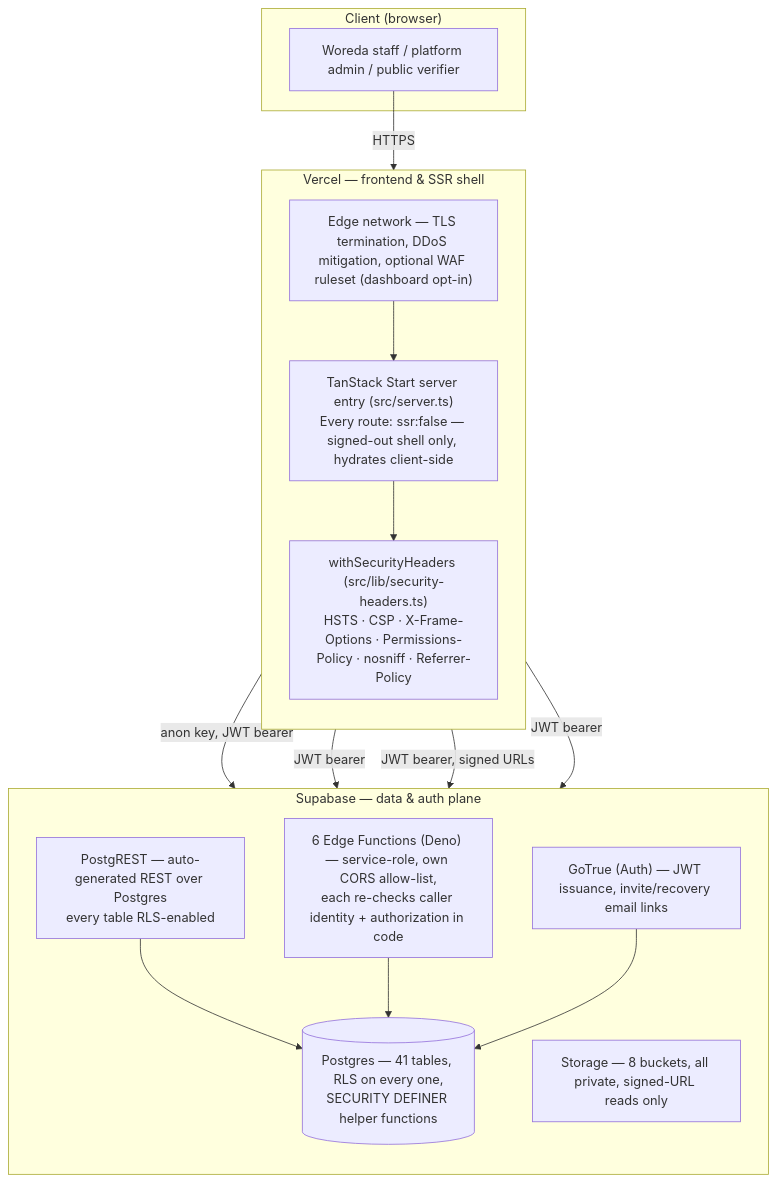
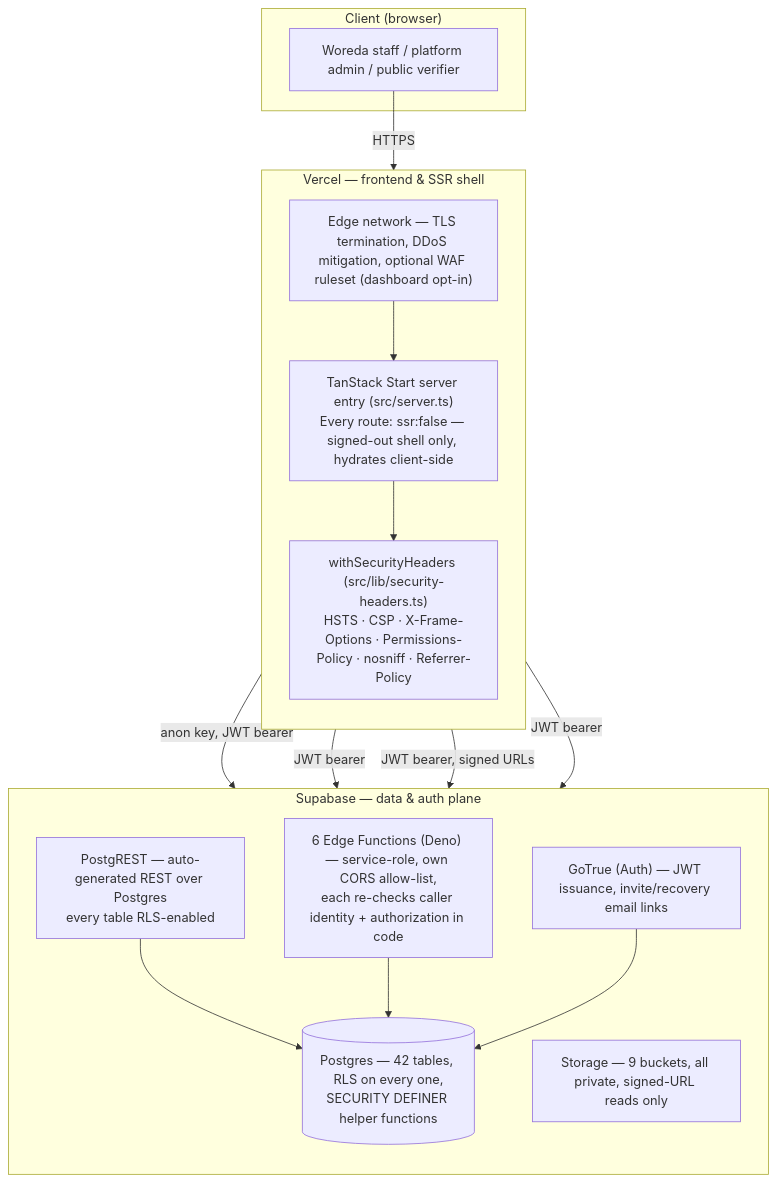
One commit to eskabdi/woredas-portal changed the diagram in docs/architecture.md. Above: the diagram before and after it, drawn with Mermaid. The commit also changed other lines of this file and 6 other files, not shown here.

````diff
--- a/docs/architecture.md
+++ b/docs/architecture.md
@@ -11,32 +11,32 @@
 ```mermaid
 flowchart TB
     subgraph Client["Client (browser)"]
         Browser["Woreda staff / platform admin / public verifier"]
     end
 
     subgraph Vercel["Vercel — frontend & SSR shell"]
         direction TB
         Edge["Edge network — TLS termination, DDoS mitigation, optional WAF ruleset (dashboard opt-in)"]
         SSR["TanStack Start server entry (src/server.ts)<br/>Every route: ssr:false — signed-out shell only, hydrates client-side"]
         Headers["withSecurityHeaders (src/lib/security-headers.ts)<br/>HSTS · CSP · X-Frame-Options · Permissions-Policy · nosniff · Referrer-Policy"]
         Edge --> SSR --> Headers
     end
 
     subgraph Supabase["Supabase — data & auth plane"]
         direction TB
         PostgREST["PostgREST — auto-generated REST over Postgres<br/>every table RLS-enabled"]
         Auth["GoTrue (Auth) — JWT issuance, invite/recovery email links"]
-        Storage["Storage — 8 buckets, all private, signed-URL reads only"]
+        Storage["Storage — 9 buckets, all private, signed-URL reads only"]
         Functions["6 Edge Functions (Deno) — service-role, own CORS allow-list,<br/>each re-checks caller identity + authorization in code"]
-        DB[("Postgres — 41 tables, RLS on every one,<br/>SECURITY DEFINER helper functions")]
+        DB[("Postgres — 42 tables, RLS on every one,<br/>SECURITY DEFINER helper functions")]
         PostgREST --> DB
         Functions --> DB
         Auth --> DB
     end
 
     Browser -- "HTTPS" --> Edge
     Headers -- "anon key, JWT bearer" --> PostgREST
     Headers -- "JWT bearer" --> Auth
     Headers -- "JWT bearer, signed URLs" --> Storage
     Headers -- "JWT bearer" --> Functions
 ```
````
